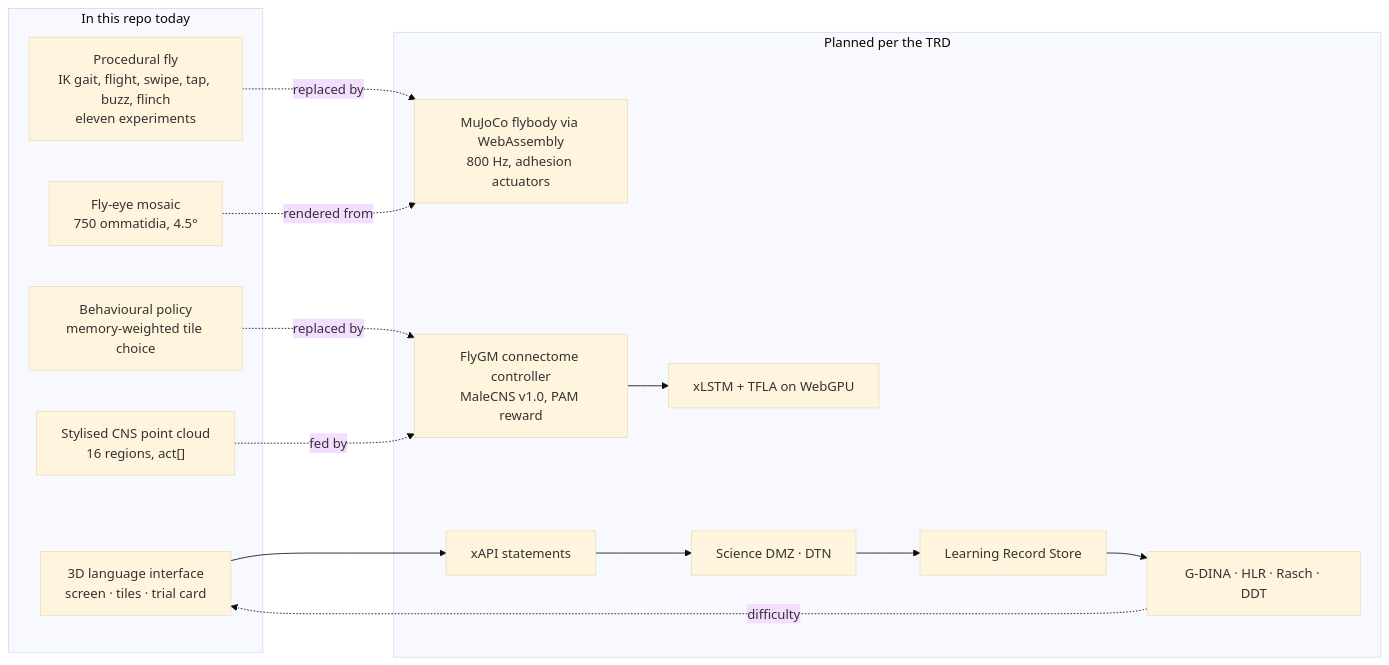
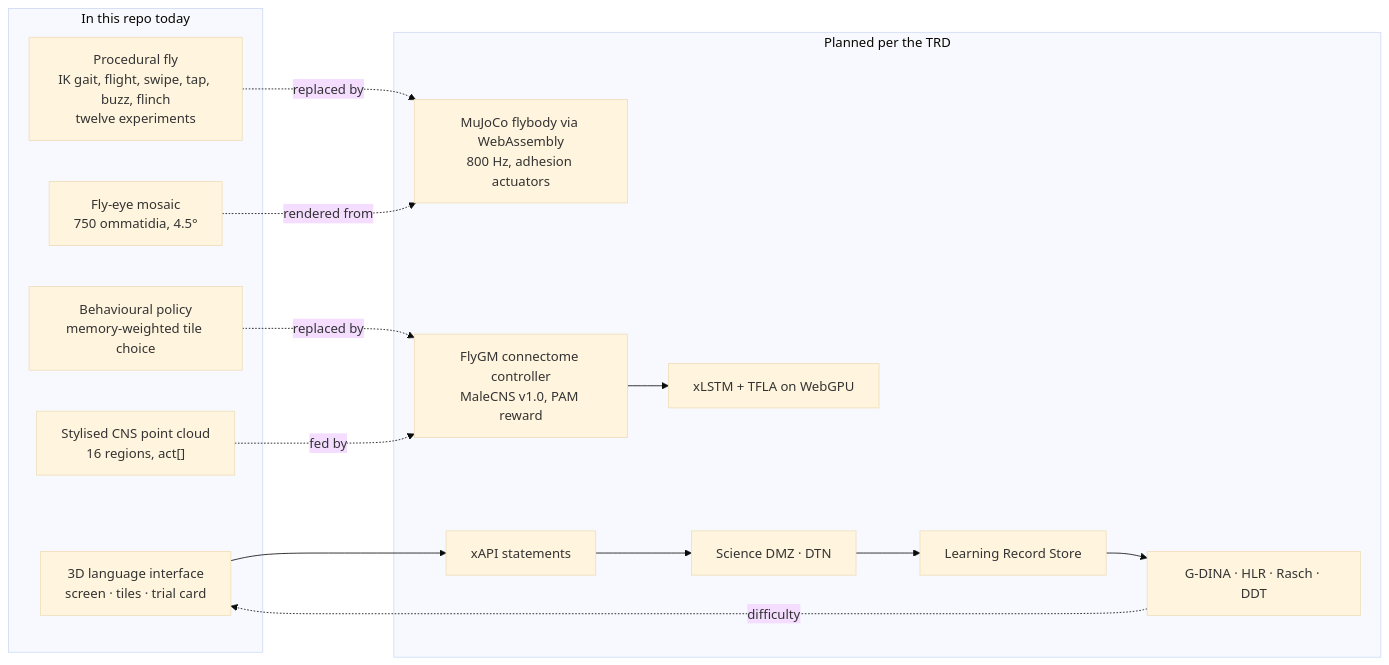
The fourth of 4 diagrams in README.md (jayrosen-design/fly-lingo), drawn with Mermaid (base theme) before and after one commit. The commit also changed other lines of this file and 8 other files, not shown here.

````diff
--- a/README.md
+++ b/README.md
@@ -483,26 +500,26 @@
 ```mermaid
 flowchart LR
   subgraph Now["In this repo today"]
     UI["3D language interface<br/>screen · tiles · trial card"]
-    FlyP["Procedural fly<br/>IK gait, flight, swipe, tap, buzz, flinch<br/>eleven experiments"]
+    FlyP["Procedural fly<br/>IK gait, flight, swipe, tap, buzz, flinch<br/>twelve experiments"]
     Policy["Behavioural policy<br/>memory-weighted tile choice"]
     BrainViz["Stylised CNS point cloud<br/>16 regions, act[]"]
     Eye["Fly-eye mosaic<br/>750 ommatidia, 4.5°"]
   end
   subgraph Planned["Planned per the TRD"]
     MuJoCo["MuJoCo flybody via WebAssembly<br/>800 Hz, adhesion actuators"]
     FlyGM["FlyGM connectome controller<br/>MaleCNS v1.0, PAM reward"]
     xLSTM["xLSTM + TFLA on WebGPU"]
     xAPI["xAPI statements"]
     DMZ["Science DMZ · DTN"]
     LRS["Learning Record Store"]
     Eval["G-DINA · HLR · Rasch · DDT"]
   end
   Policy -. replaced by .-> FlyGM
   FlyP -. replaced by .-> MuJoCo
   BrainViz -. fed by .-> FlyGM
   Eye -. rendered from .-> MuJoCo
   UI --> xAPI --> DMZ --> LRS --> Eval
   Eval -. difficulty .-> UI
   FlyGM --> xLSTM
 ```
````
